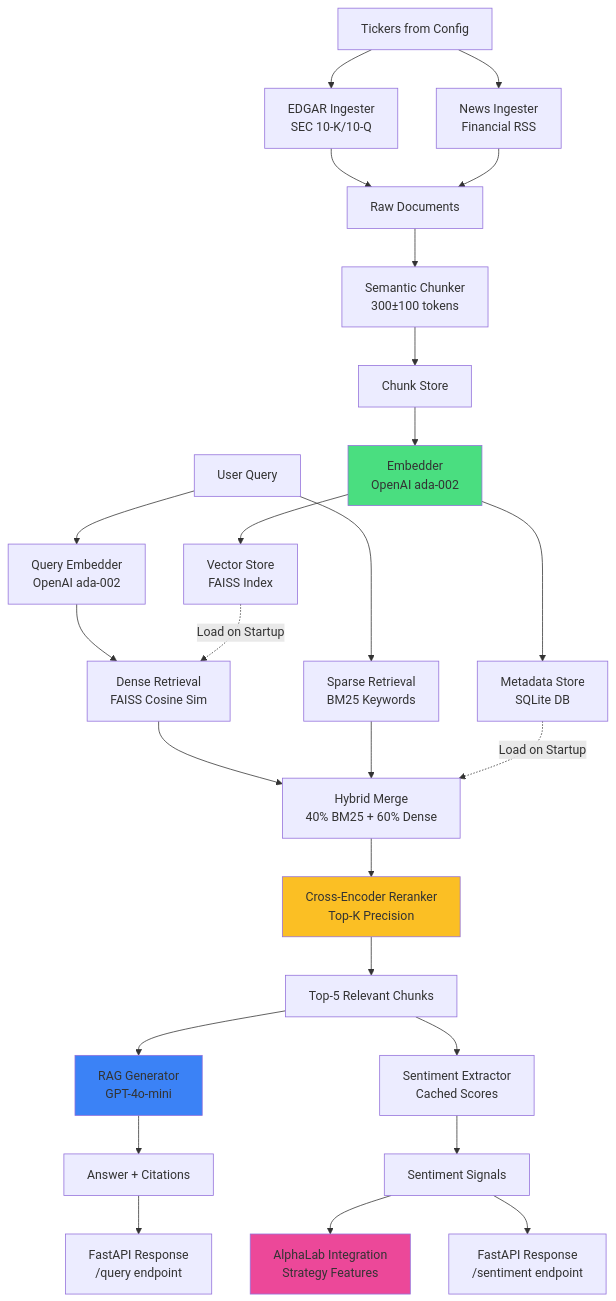
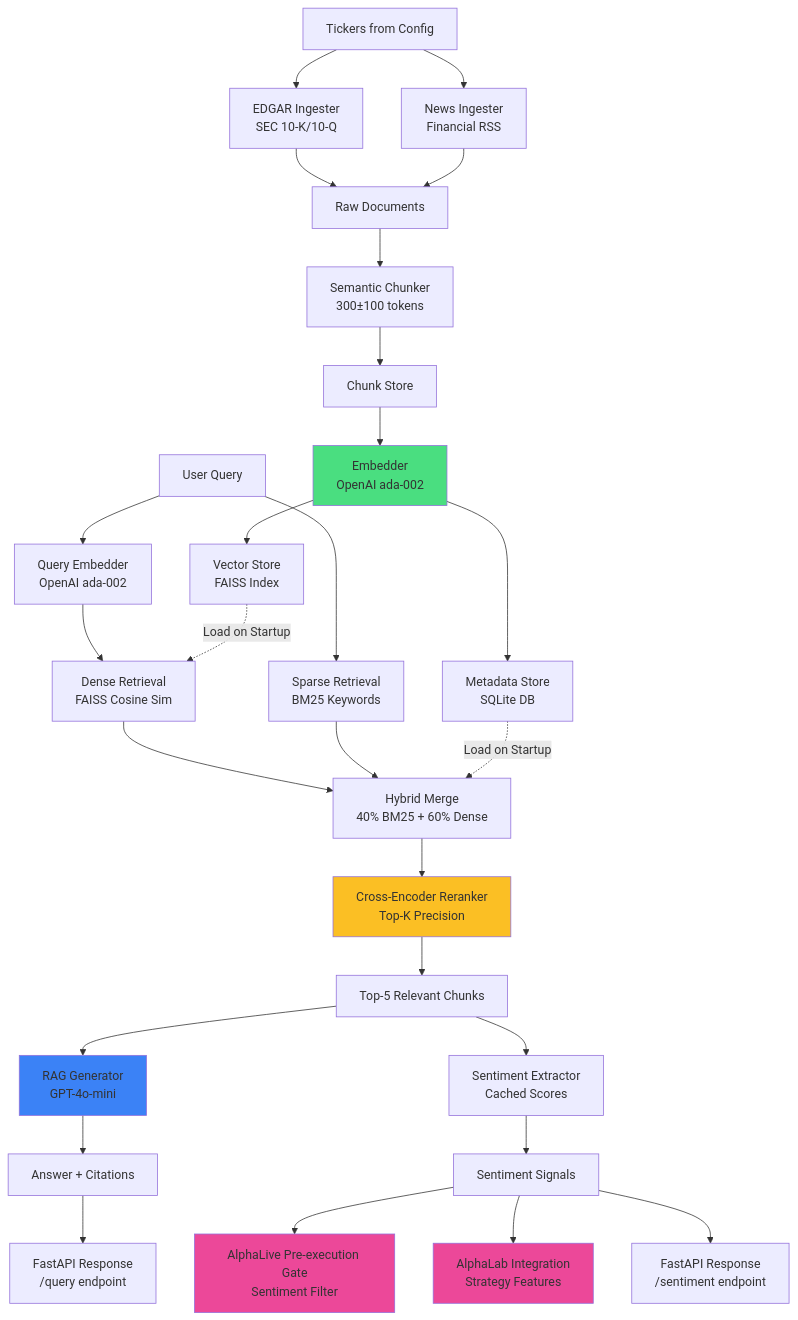
One commit to bernardoguterres/AlphaSignal changed the diagram in README.md. Above: the diagram before and after it, drawn with Mermaid. The commit also changed other lines of this file, not shown here.

Commit message:
docs: mark integrations live, update diagram and API example

````diff
--- a/README.md
+++ b/README.md
@@ -7,35 +7,37 @@
 ```mermaid
 flowchart TD
     A[Tickers from Config] --> B[EDGAR Ingester<br/>SEC 10-K/10-Q]
     A --> C[News Ingester<br/>Financial RSS]
     B --> D[Raw Documents]
     C --> D
     D --> E[Semantic Chunker<br/>300±100 tokens]
     E --> F[Chunk Store]
     F --> G[Embedder<br/>OpenAI ada-002]
     G --> H[Vector Store<br/>FAISS Index]
     G --> I[Metadata Store<br/>SQLite DB]
     
     J[User Query] --> K[Query Embedder<br/>OpenAI ada-002]
     K --> L[Dense Retrieval<br/>FAISS Cosine Sim]
     J --> M[Sparse Retrieval<br/>BM25 Keywords]
     L --> N[Hybrid Merge<br/>40% BM25 + 60% Dense]
     M --> N
     N --> O[Cross-Encoder Reranker<br/>Top-K Precision]
     O --> P[Top-5 Relevant Chunks]
     P --> Q[RAG Generator<br/>GPT-4o-mini]
     P --> R[Sentiment Extractor<br/>Cached Scores]
     Q --> S[Answer + Citations]
     R --> T[Sentiment Signals]
-    T --> U[AlphaLab Integration<br/>Strategy Features]
+    T --> U[AlphaLive Pre-execution Gate<br/>Sentiment Filter]
+    T --> UA[AlphaLab Integration<br/>Strategy Features]
     S --> V[FastAPI Response<br/>/query endpoint]
     T --> W[FastAPI Response<br/>/sentiment endpoint]
     
     H -.->|Load on Startup| L
     I -.->|Load on Startup| N
     
     style G fill:#4ade80
     style O fill:#fbbf24
     style Q fill:#3b82f6
     style U fill:#ec4899
+    style UA fill:#ec4899
 ```
````
